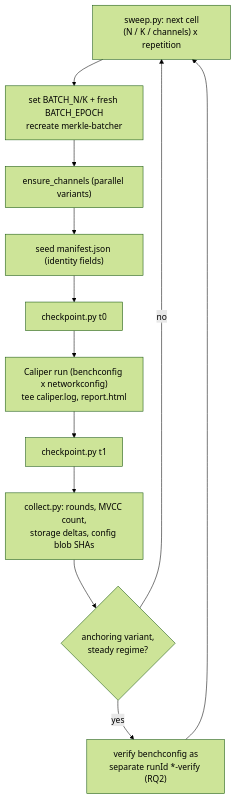
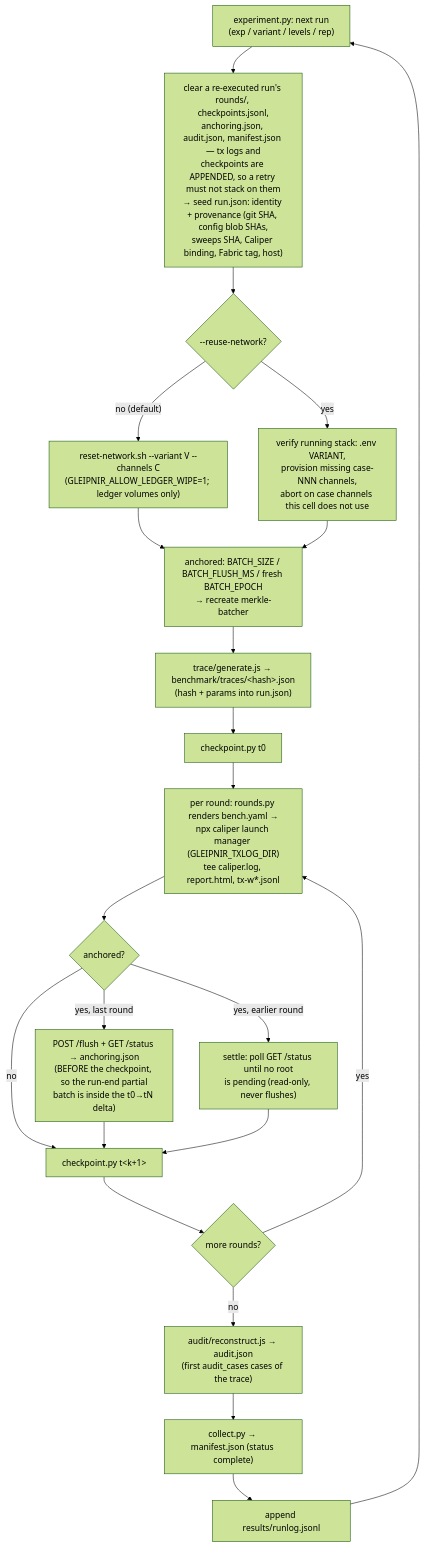
One commit to theflorist18/GLEIPNIR changed the eighth of 8 diagrams in docs/AS-BUILT.md. Above: the diagram before and after it, drawn with Mermaid (forest theme). The commit also changed other lines of this file and 103 other files, not shown here.

````diff
--- a/docs/AS-BUILT.md
+++ b/docs/AS-BUILT.md
@@ -524,14 +650,24 @@
 ```mermaid
 flowchart TD
-    A["sweep.py: next cell<br/>(N / K / channels) x repetition"] --> B["set BATCH_N/K + fresh BATCH_EPOCH<br/>recreate merkle-batcher"]
-    B --> C["ensure_channels (parallel variants)"]
-    C --> D["seed manifest.json (identity fields)"]
-    D --> E["checkpoint.py t0"]
-    E --> F["Caliper run (benchconfig x networkconfig)<br/>tee caliper.log, report.html"]
-    F --> G["checkpoint.py t1"]
-    G --> H["collect.py: rounds, MVCC count,<br/>storage deltas, config blob SHAs"]
-    H --> I{"anchoring variant,<br/>steady regime?"}
-    I -- yes --> J["verify benchconfig as<br/>separate runId *-verify (RQ2)"]
-    I -- no --> A
-    J --> A
+    A["experiment.py: next run<br/>(exp / variant / levels / rep)"] --> B["clear a re-executed run's rounds/, checkpoints.jsonl,<br/>anchoring.json, audit.json, manifest.json — tx logs and<br/>checkpoints are APPENDED, so a retry must not stack on them<br/>→ seed run.json: identity + provenance (git SHA, config blob SHAs,<br/>sweeps SHA, Caliper binding, Fabric tag, host)"]
+    B --> C{"--reuse-network?"}
+    C -- "no (default)" --> D["reset-network.sh --variant V --channels C<br/>(GLEIPNIR_ALLOW_LEDGER_WIPE=1; ledger volumes only)"]
+    C -- yes --> E["verify running stack: .env VARIANT,<br/>provision missing case-NNN channels,<br/>abort on case channels this cell does not use"]
+    D --> F
+    E --> F["anchored: BATCH_SIZE / BATCH_FLUSH_MS / fresh BATCH_EPOCH<br/>→ recreate merkle-batcher"]
+    F --> G["trace/generate.js → benchmark/traces/&lt;hash&gt;.json<br/>(hash + params into run.json)"]
+    G --> H["checkpoint.py t0"]
+    H --> I["per round: rounds.py renders bench.yaml →<br/>npx caliper launch manager (GLEIPNIR_TXLOG_DIR)<br/>tee caliper.log, report.html, tx-w*.jsonl"]
+    I --> P{"anchored?"}
+    P -- "yes, last round" --> Q["POST /flush + GET /status → anchoring.json<br/>(BEFORE the checkpoint, so the run-end partial<br/>batch is inside the t0→tN delta)"]
+    P -- "yes, earlier round" --> R["settle: poll GET /status until no root<br/>is pending (read-only, never flushes)"]
+    P -- no --> J
+    Q --> J
+    R --> J["checkpoint.py t&lt;k+1&gt;"]
+    J --> K{"more rounds?"}
+    K -- yes --> I
+    K -- no --> M["audit/reconstruct.js → audit.json<br/>(first audit_cases cases of the trace)"]
+    M --> N["collect.py → manifest.json (status complete)"]
+    N --> O["append results/runlog.jsonl"]
+    O --> A
 ```
````
